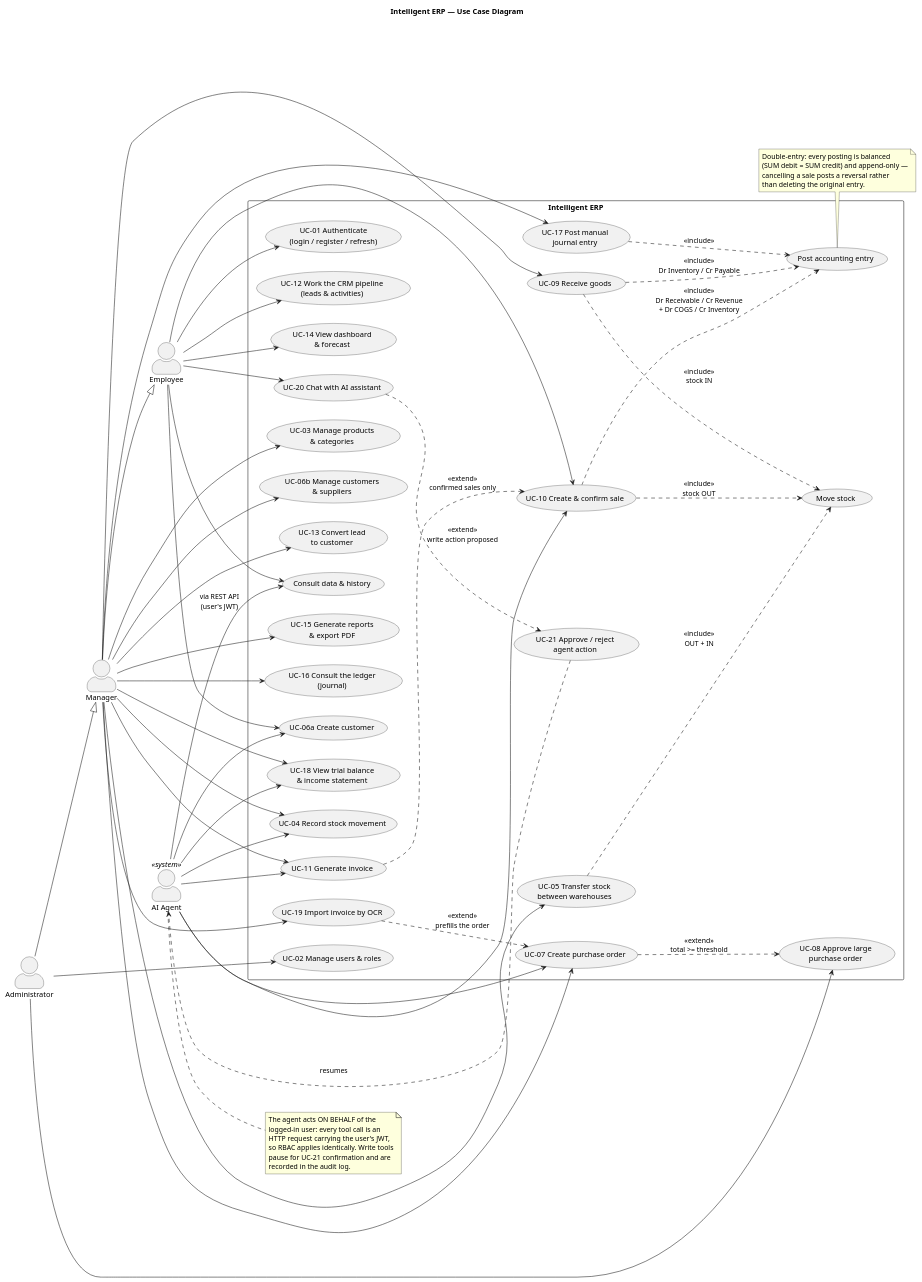
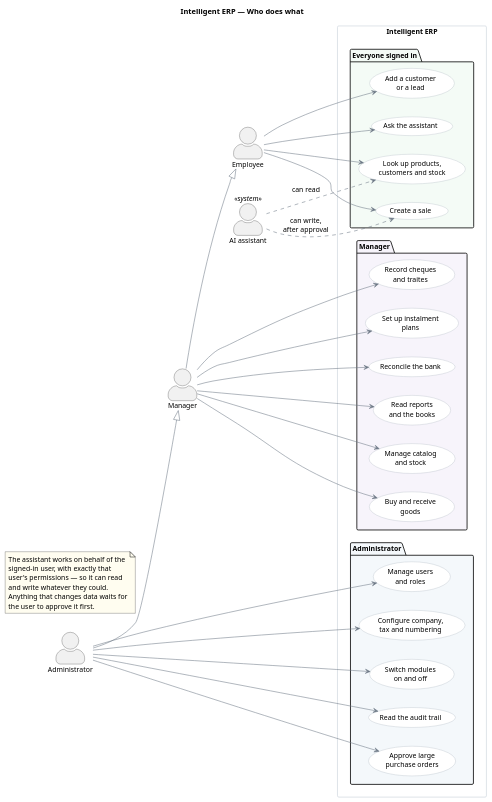
Before and after one commit to mariemtnb/ERP-AI-odoo-like: the diagram in diagrams/use-case.puml, drawn with PlantUML. The commit also changed 12 other files, not shown here.

First line of the commit message:
Simplify the diagrams and bring them up to date

```diff
--- a/diagrams/use-case.puml
+++ b/diagrams/use-case.puml
@@ -1,107 +1,87 @@
 @startuml use-case
-title Intelligent ERP — Use Case Diagram
+' Who can do what. Grouped instead of listing every screen.
+title Intelligent ERP — Who does what
 
 left to right direction
+skinparam backgroundColor white
+skinparam shadowing false
+skinparam defaultFontName Helvetica
+skinparam defaultFontSize 13
 skinparam actorStyle awesome
+skinparam ArrowColor #6B7684
+skinparam usecase {
+  BorderColor #9AA5B1
+  BackgroundColor #FFFFFF
+}
+skinparam rectangle {
+  BorderColor #C3CCD6
+}
 
-actor "Employee" as employee
-actor "Manager" as manager
-actor "Administrator" as admin
-actor "AI Agent" as agent <<system>>
+actor Employee as employee
+actor Manager as manager
+actor Administrator as admin
+actor "AI assistant" as agent <<system>>
 
 manager --|> employee
 admin --|> manager
 
 rectangle "Intelligent ERP" {
-  usecase "UC-01 Authenticate\n(login / register / refresh)" as UC01
-  usecase "UC-02 Manage users & roles" as UC02
-  usecase "UC-03 Manage products\n& categories" as UC03
-  usecase "UC-04 Record stock movement" as UC04
-  usecase "UC-05 Transfer stock\nbetween warehouses" as UC05
-  usecase "UC-06a Create customer" as UC06a
-  usecase "UC-06b Manage customers\n& suppliers" as UC06b
-  usecase "UC-07 Create purchase order" as UC07
-  usecase "UC-08 Approve large\npurchase order" as UC08
-  usecase "UC-09 Receive goods" as UC09
-  usecase "UC-10 Create & confirm sale" as UC10
-  usecase "UC-11 Generate invoice" as UC11
-  usecase "UC-12 Work the CRM pipeline\n(leads & activities)" as UC12
-  usecase "UC-13 Convert lead\nto customer" as UC13
-  usecase "UC-14 View dashboard\n& forecast" as UC14
-  usecase "UC-15 Generate reports\n& export PDF" as UC15
-  usecase "UC-16 Consult the ledger\n(journal)" as UC16
-  usecase "UC-17 Post manual\njournal entry" as UC17
-  usecase "UC-18 View trial balance\n& income statement" as UC18
-  usecase "UC-19 Import invoice by OCR" as UC19
-  usecase "UC-20 Chat with AI assistant" as UC20
-  usecase "UC-21 Approve / reject\nagent action" as UC21
-  usecase "Consult data & history" as UCREAD
 
-  usecase "Post accounting entry" as POST
-  usecase "Move stock" as MOVE
+  package "Everyone signed in" #F4FBF6 {
+    usecase "Look up products,\ncustomers and stock" as UC1
+    usecase "Create a sale" as UC2
+    usecase "Add a customer\nor a lead" as UC3
+    usecase "Ask the assistant" as UC4
+  }
+
+  package "Manager" #F7F4FB {
+    usecase "Manage catalog\nand stock" as UC5
+    usecase "Buy and receive\ngoods" as UC6
+    usecase "Record cheques\nand traites" as UC7
+    usecase "Set up instalment\nplans" as UC8
+    usecase "Reconcile the bank" as UC9
+    usecase "Read reports\nand the books" as UC10
+  }
+
+  package "Administrator" #F4F8FB {
+    usecase "Manage users\nand roles" as UC11
+    usecase "Configure company,\ntax and numbering" as UC12
+    usecase "Switch modules\non and off" as UC13
+    usecase "Read the audit trail" as UC14
+    usecase "Approve large\npurchase orders" as UC15
+  }
 }
 
-employee --> UC01
-employee --> UCREAD
-employee --> UC06a
-employee --> UC10
-employee --> UC12
-employee --> UC14
-employee --> UC20
+employee --> UC1
+employee --> UC2
+employee --> UC3
+employee --> UC4
 
-manager --> UC03
-manager --> UC04
-manager --> UC05
-manager --> UC06b
-manager --> UC07
-manager --> UC09
-manager --> UC11
-manager --> UC13
-manager --> UC15
-manager --> UC16
-manager --> UC17
-manager --> UC18
-manager --> UC19
+manager --> UC5
+manager --> UC6
+manager --> UC7
+manager --> UC8
+manager --> UC9
+manager --> UC10
 
-admin --> UC02
-admin --> UC08
+admin --> UC11
+admin --> UC12
+admin --> UC13
+admin --> UC14
+admin --> UC15
 
-' ---- automatic side effects ----
-UC09 ..> MOVE : <<include>>\nstock IN
-UC10 ..> MOVE : <<include>>\nstock OUT
-UC05 ..> MOVE : <<include>>\nOUT + IN
-UC09 ..> POST : <<include>>\nDr Inventory / Cr Payable
-UC10 ..> POST : <<include>>\nDr Receivable / Cr Revenue\n+ Dr COGS / Cr Inventory
-UC17 ..> POST : <<include>>
-UC07 ..> UC08 : <<extend>>\ntotal >= threshold
-UC11 ..> UC10 : <<extend>>\nconfirmed sales only
-UC19 ..> UC07 : <<extend>>\nprefills the order
-UC20 ..> UC21 : <<extend>>\nwrite action proposed
+' The assistant acts for a person, never beyond that person's rights.
+' Two arrows, not one per use case — the rule is the same everywhere.
+agent ..> UC1 : can read
+agent ..> UC2 : can write,\nafter approval
 
-' ---- the agent acts on behalf of the user ----
-UC21 ..> agent : resumes
-agent --> UCREAD : via REST API\n(user's JWT)
-agent --> UC06a
-agent --> UC04
-agent --> UC07
-agent --> UC10
-agent --> UC11
-agent --> UC18
-
-note right of agent
-  The agent acts ON BEHALF of the
-  logged-in user: every tool call is an
-  HTTP request carrying the user's JWT,
-  so RBAC applies identically. Write tools
-  pause for UC-21 confirmation and are
-  recorded in the audit log.
-end note
-
-note bottom of POST
-  Double-entry: every posting is balanced
-  (SUM debit = SUM credit) and append-only —
-  cancelling a sale posts a reversal rather
-  than deleting the original entry.
+note as N1 #FFFDF0
+  The assistant works on behalf of the
+  signed-in user, with exactly that
+  user's permissions — so it can read
+  and write whatever they could.
+  Anything that changes data waits for
+  the user to approve it first.
 end note
 
 @enduml
```
